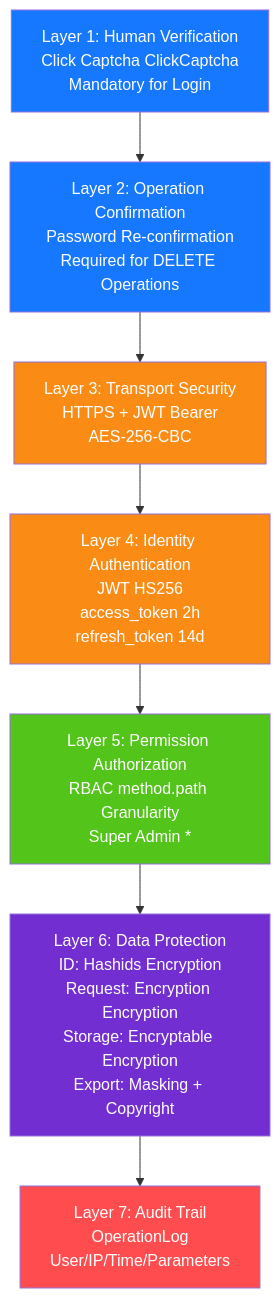
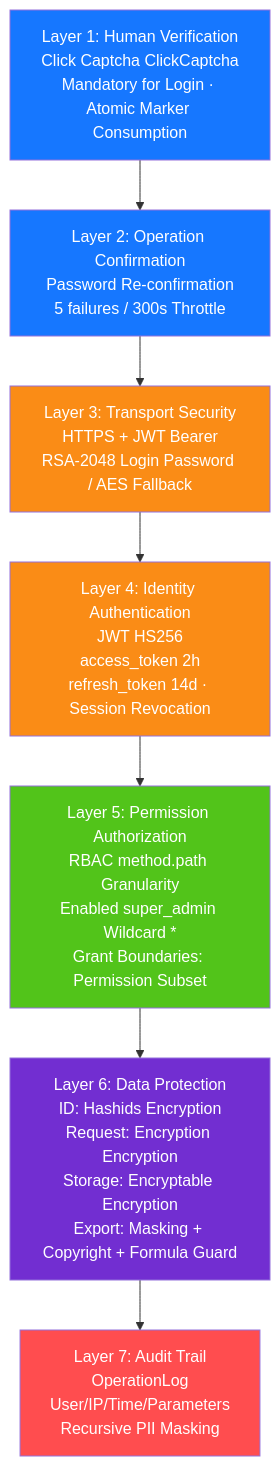
One commit to erikwang2013/open-admin changed the diagram in docs/diagrams/11-security-defense.en.md. Above: the diagram before and after it, drawn with Mermaid. The commit also changed 62 other files, not shown here.

````diff
--- a/docs/diagrams/11-security-defense.en.md
+++ b/docs/diagrams/11-security-defense.en.md
@@ -7,20 +7,20 @@
 ```mermaid
 flowchart TB
-    l1["Layer 1: Human Verification<br/>Click Captcha ClickCaptcha<br/>Mandatory for Login"]
-    l2["Layer 2: Operation Confirmation<br/>Password Re-confirmation<br/>Required for DELETE Operations"]
-    l3["Layer 3: Transport Security<br/>HTTPS + JWT Bearer<br/>AES-256-CBC"]
-    l4["Layer 4: Identity Authentication<br/>JWT HS256<br/>access_token 2h<br/>refresh_token 14d"]
-    l5["Layer 5: Permission Authorization<br/>RBAC method.path Granularity<br/>Super Admin *"]
-    l6["Layer 6: Data Protection<br/>ID: Hashids Encryption<br/>Request: Encryption Encryption<br/>Storage: Encryptable Encryption<br/>Export: Masking + Copyright"]
-    l7["Layer 7: Audit Trail<br/>OperationLog<br/>User/IP/Time/Parameters"]
+    l1["Layer 1: Human Verification<br/>Click Captcha ClickCaptcha<br/>Mandatory for Login · Atomic Marker Consumption"]
+    l2["Layer 2: Operation Confirmation<br/>Password Re-confirmation<br/>5 failures / 300s Throttle"]
+    l3["Layer 3: Transport Security<br/>HTTPS + JWT Bearer<br/>RSA-2048 Login Password / AES Fallback"]
+    l4["Layer 4: Identity Authentication<br/>JWT HS256<br/>access_token 2h<br/>refresh_token 14d · Session Revocation"]
+    l5["Layer 5: Permission Authorization<br/>RBAC method.path Granularity<br/>Enabled super_admin Wildcard *<br/>Grant Boundaries: Permission Subset"]
+    l6["Layer 6: Data Protection<br/>ID: Hashids Encryption<br/>Request: Encryption Encryption<br/>Storage: Encryptable Encryption<br/>Export: Masking + Copyright + Formula Guard"]
+    l7["Layer 7: Audit Trail<br/>OperationLog<br/>User/IP/Time/Parameters<br/>Recursive PII Masking"]
 
     l1 --> l2 --> l3 --> l4 --> l5 --> l6 --> l7
 
     style l1 fill:#1677FF,color:#fff
     style l2 fill:#1677FF,color:#fff
     style l3 fill:#FA8C16,color:#fff
     style l4 fill:#FA8C16,color:#fff
     style l5 fill:#52C41A,color:#fff
     style l6 fill:#722ED1,color:#fff
     style l7 fill:#FF4D4F,color:#fff
 ```
````
